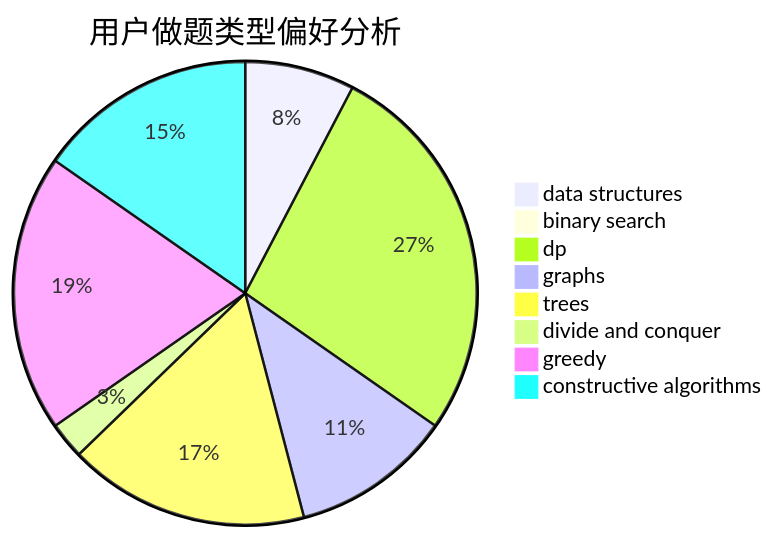
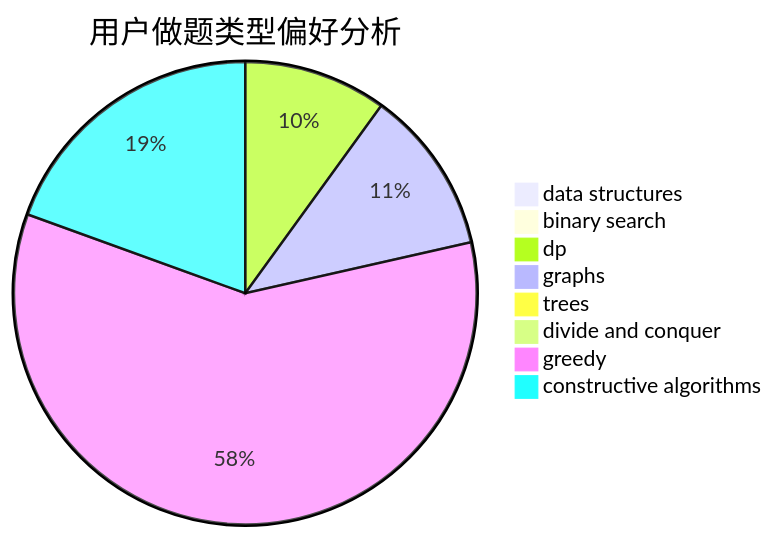
One commit to sherpahu/cfrs.github.io changed the second of 3 diagrams in docs/user/u642.md. Above: the diagram before and after it, drawn with Mermaid. The commit also changed other lines of this file and 2770 other files, not shown here.

````diff
--- a/docs/user/u642.md
+++ b/docs/user/u642.md
@@ -23,11 +23,11 @@
 ```mermaid
 pie title 用户做题类型偏好分析
-    "data structures" :  15
-    "binary search" :  0
-    "dp" :  53
-    "graphs" :  22
-    "trees" :  33
-    "divide and conquer" :  5
-    "greedy" :  38
-    "constructive algorithms" :  30
+    "data structures" :  4
+    "binary search" :  6
+    "dp" :  60
+    "graphs" :  69
+    "trees" :  0
+    "divide and conquer" :  0
+    "greedy" :  355
+    "constructive algorithms" :  117
 ```
````
